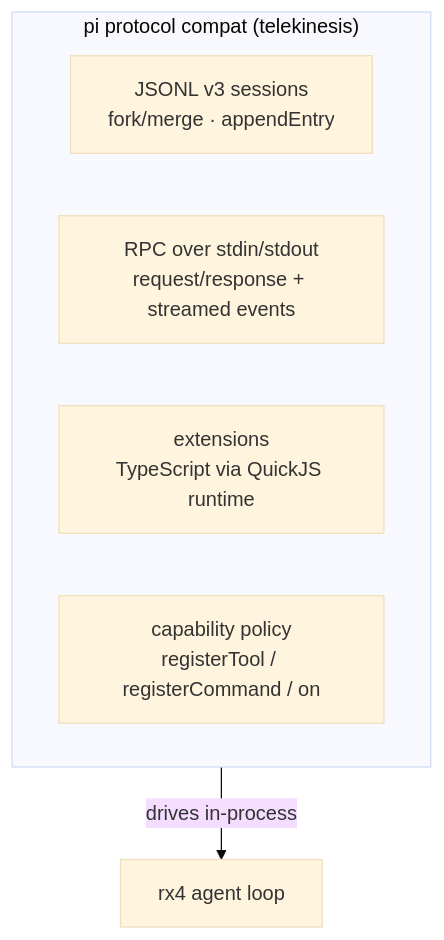
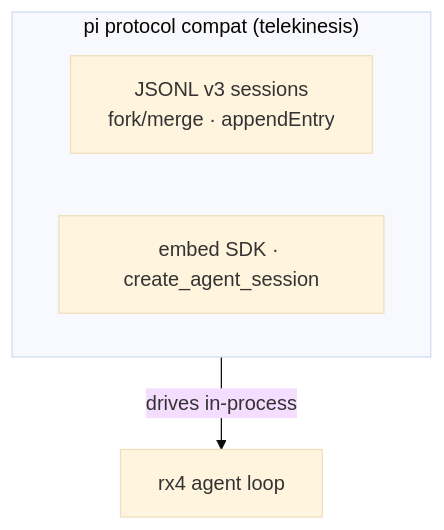
The second of 3 diagrams in README.md (semitechnological/telekinesis), drawn with Mermaid (base theme) before and after one commit. The commit also changed other lines of this file and 36 other files, not shown here.

````diff
--- a/README.md
+++ b/README.md
@@ -88,10 +90,8 @@
 ```mermaid
 flowchart TD
   subgraph Pi["pi protocol compat (telekinesis)"]
     Sess["JSONL v3 sessions<br/>fork/merge · appendEntry"]
-    RPC["RPC over stdin/stdout<br/>request/response + streamed events"]
-    Ext["extensions<br/>TypeScript via QuickJS runtime"]
-    Cap["capability policy<br/>registerTool / registerCommand / on"]
+    Sdk["embed SDK · create_agent_session"]
   end
   Pi -->|drives in-process| RX4["rx4 agent loop"]
 ```
````
